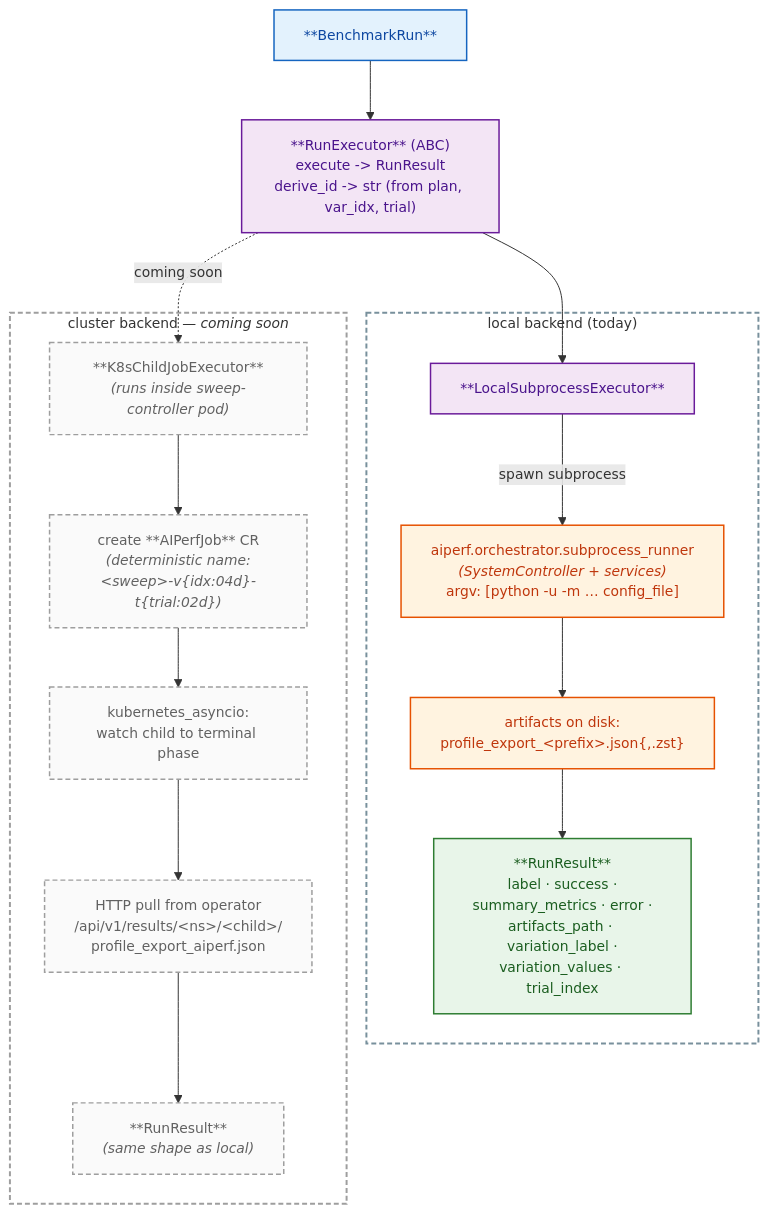
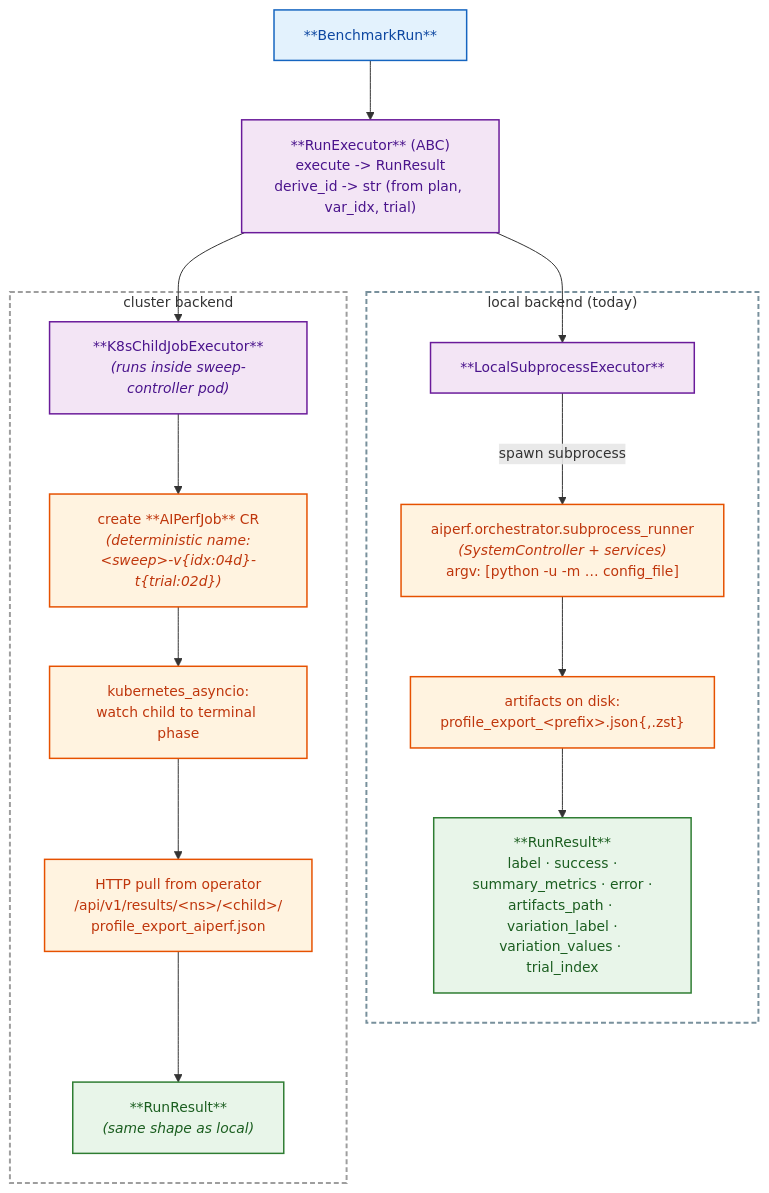
Diagram 24 of 35 in fern/pages-dev/dev/sweep-orchestrator.md (ai-dynamo/aiperf), drawn with Mermaid before and after one commit. The commit also changed other lines of this file and 41 other files, not shown here.

````diff
--- a/fern/pages-dev/dev/sweep-orchestrator.md
+++ b/fern/pages-dev/dev/sweep-orchestrator.md
@@ -1276,47 +1283,48 @@
 ```mermaid
 %%{init: {'flowchart': {'nodeSpacing': 50, 'rankSpacing': 60, 'htmlLabels': true}, 'themeVariables': {'fontSize': '14px'}}}%%
 flowchart TD
     run["**BenchmarkRun**"] --> abc["**RunExecutor** (ABC)<br/>execute -> RunResult<br/>derive_id -> str (from plan, var_idx, trial)"]
 
     subgraph LOCAL_BACKEND["local backend (today)"]
         loc["**LocalSubprocessExecutor**"]
         sub["aiperf.orchestrator.subprocess_runner<br/><i>(SystemController + services)</i><br/>argv: [python -u -m … config_file]"]
         jr["artifacts on disk:<br/>profile_export_&lt;prefix&gt;.json{,.zst}"]
         rrl["**RunResult**<br/>label · success ·<br/>summary_metrics · error ·<br/>artifacts_path · variation_label ·<br/>variation_values · trial_index"]
     end
 
-    subgraph K8S_BACKEND["cluster backend &mdash; <i>coming soon</i>"]
+    subgraph K8S_BACKEND["cluster backend"]
         k8s["**K8sChildJobExecutor**<br/><i>(runs inside sweep-controller pod)</i>"]
         cr["create **AIPerfJob** CR<br/><i>(deterministic name:<br/>&lt;sweep&gt;-v{idx:04d}-t{trial:02d})</i>"]
         watch["kubernetes_asyncio:<br/>watch child to terminal phase"]
         pull["HTTP pull from operator<br/>/api/v1/results/&lt;ns&gt;/&lt;child&gt;/<br/>profile_export_aiperf.json"]
         rrk["**RunResult**<br/><i>(same shape as local)</i>"]
     end
 
     abc --> loc
-    abc -.->|"coming soon"| k8s
+    abc --> k8s
 
     loc -->|spawn subprocess| sub
     sub --> jr
     jr --> rrl
 
     k8s --> cr
     cr --> watch
     watch --> pull
     pull --> rrk
 
     classDef data fill:#e3f2fd,stroke:#1565c0,stroke-width:1.5px,color:#0d47a1
     classDef decision fill:#f3e5f5,stroke:#6a1b9a,stroke-width:1.5px,color:#4a148c
     classDef proc fill:#fff3e0,stroke:#e65100,stroke-width:1.5px,color:#bf360c
     classDef art fill:#e8f5e9,stroke:#2e7d32,stroke-width:1.5px,color:#1b5e20
-    classDef coming fill:#fafafa,stroke:#9e9e9e,stroke-width:1.5px,stroke-dasharray:5 3,color:#616161
 
     class run data
     class abc,loc decision
     class sub,jr proc
     class rrl art
-    class k8s,cr,watch,pull,rrk coming
+    class k8s decision
+    class cr,watch,pull proc
+    class rrk art
 
     style LOCAL_BACKEND fill:transparent,stroke:#78909c,stroke-width:2px,stroke-dasharray:5 3
     style K8S_BACKEND fill:transparent,stroke:#9e9e9e,stroke-width:2px,stroke-dasharray:5 3
 ```
````
